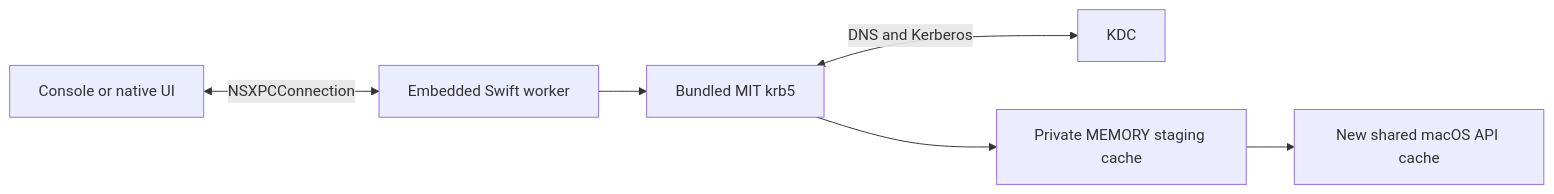
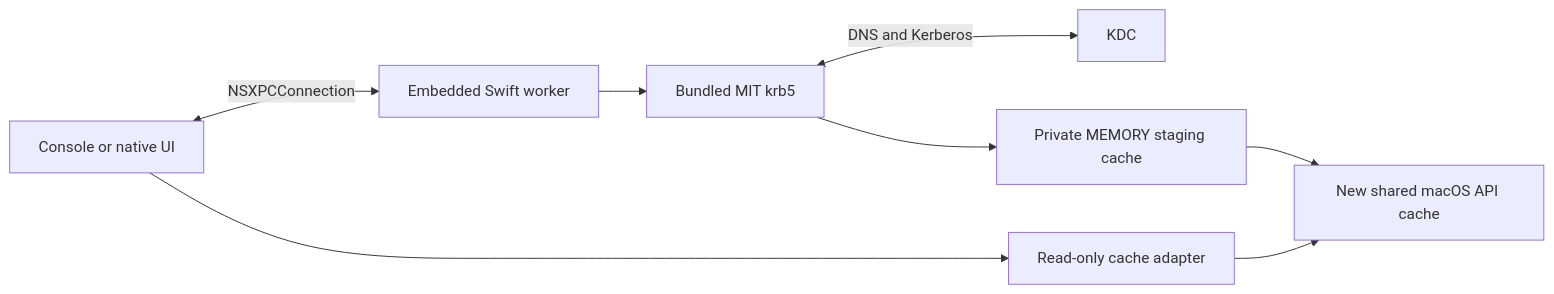
Before and after one commit to wyattanderson/kpasskey: the diagram in docs/ARCHITECTURE.md, drawn with Mermaid. The commit also changed other lines of this file and 9 other files, not shown here.

````diff
--- a/docs/ARCHITECTURE.md
+++ b/docs/ARCHITECTURE.md
@@ -19,8 +21,10 @@
 ```mermaid
 flowchart LR
     H[Console or native UI] <-->|NSXPCConnection| W[Embedded Swift worker]
     W --> K[Bundled MIT krb5]
     K <-->|DNS and Kerberos| D[KDC]
     K --> M[Private MEMORY staging cache]
     M --> A[New shared macOS API cache]
+    H --> R[Read-only cache adapter]
+    R --> A
 ```
````
